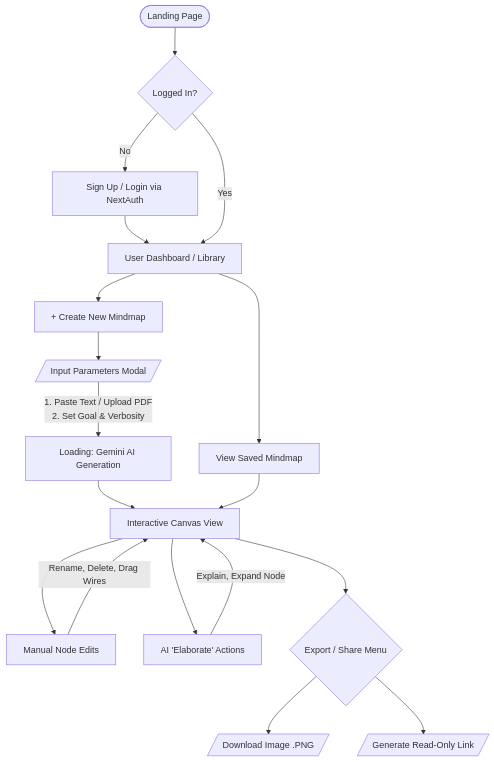
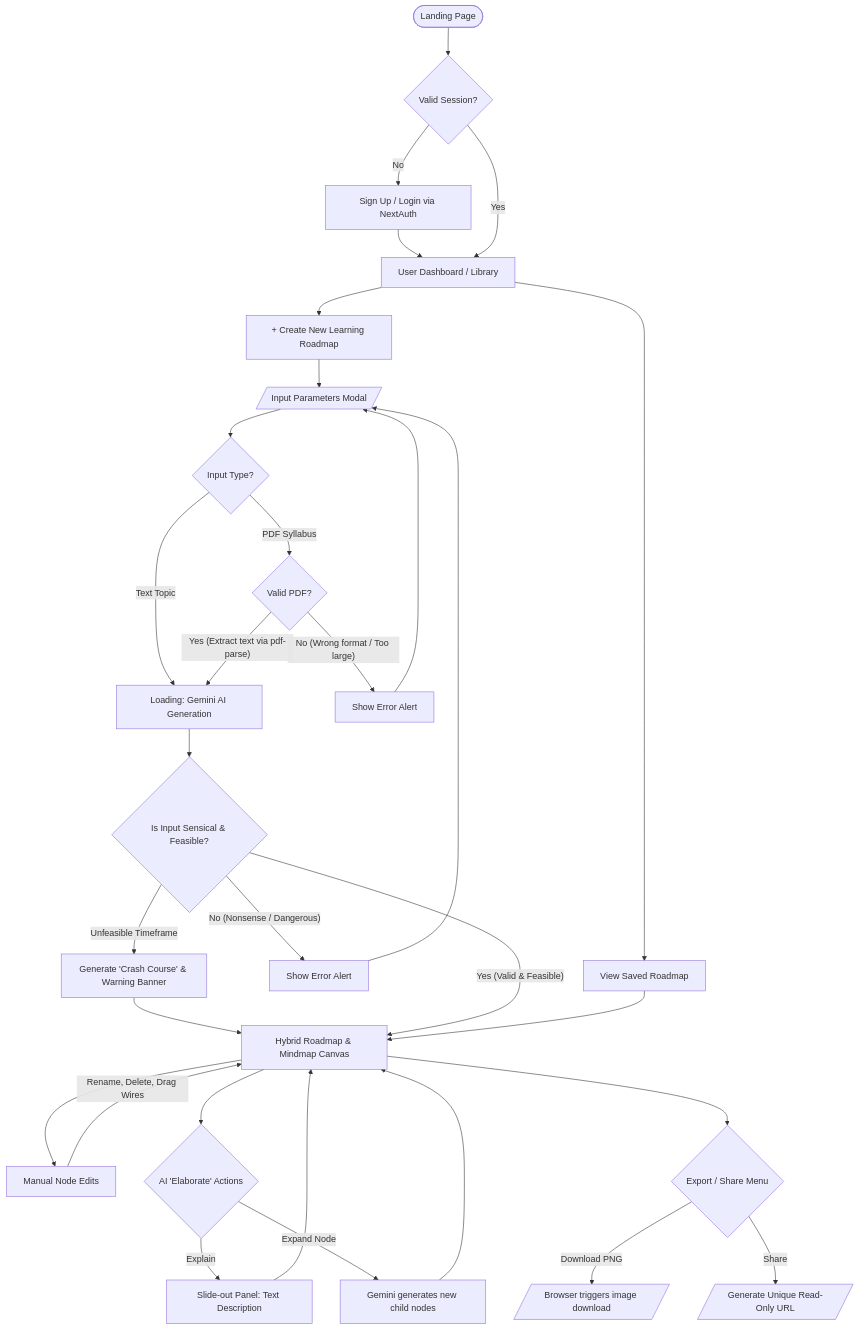
The diagram in user_flow.md (abdzufar/SecondMind), drawn with Mermaid before and after one commit.

Commit message:
chore: update user flow to match new hybrid roadmap-mindmap concept

````diff
--- a/user_flow.md
+++ b/user_flow.md
@@ -3,26 +3,46 @@
 ```mermaid
 graph TD
-    A([Landing Page]) --> B{Logged In?}
+    A([Landing Page]) --> B{Valid Session?}
     B -- No --> C[Sign Up / Login via NextAuth]
     C --> D[User Dashboard / Library]
     B -- Yes --> D
 
-    D --> E[View Saved Mindmap]
-    D --> F[+ Create New Mindmap]
+    D --> E[View Saved Roadmap]
+    D --> F[+ Create New Learning Roadmap]
 
     F --> G[/Input Parameters Modal/]
-    G --> |1. Paste Text / Upload PDF<br>2. Set Goal & Verbosity| H[Loading: Gemini AI Generation]
-
-    H --> I[Interactive Canvas View]
+    
+    G --> G1{Input Type?}
+    G1 -- Text Topic --> H[Loading: Gemini AI Generation]
+    G1 -- PDF Syllabus --> G2{Valid PDF?}
+    
+    G2 -- No (Wrong format / Too large) --> G3[Show Error Alert]
+    G3 --> G
+    
+    G2 -- Yes (Extract text via pdf-parse) --> H
+    
+    H --> H1{Is Input Sensical & Feasible?}
+    H1 -- "No (Nonsense / Dangerous)" --> H2[Show Error Alert]
+    H2 --> G
+    
+    H1 -- "Unfeasible Timeframe" --> H3[Generate 'Crash Course' & Warning Banner]
+    H3 --> I[Hybrid Roadmap & Mindmap Canvas]
+    
+    H1 -- "Yes (Valid & Feasible)" --> I
+    
     E --> I
 
     I --> J[Manual Node Edits]
     J --> |Rename, Delete, Drag Wires| I
 
-    I --> K[AI 'Elaborate' Actions]
-    K --> |Explain, Expand Node| I
+    I --> K{AI 'Elaborate' Actions}
+    K -- "Explain" --> K1[Slide-out Panel: Text Description]
+    K -- "Expand Node" --> K2[Gemini generates new child nodes]
+    
+    K1 --> I
+    K2 --> I
 
     I --> L{Export / Share Menu}
-    L --> M[/Download Image .PNG/]
-    L --> O[/Generate Read-Only Link/]
+    L -- "Download PNG" --> M[/Browser triggers image download/]
+    L -- "Share" --> O[/Generate Unique Read-Only URL/]
 ```
````
